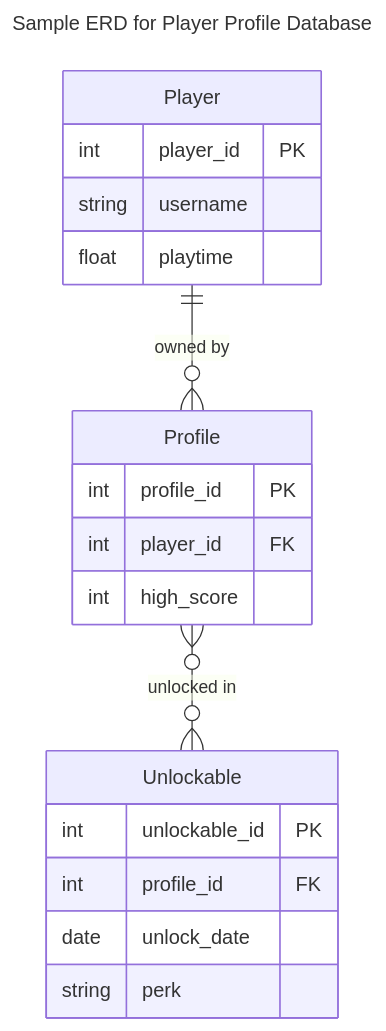
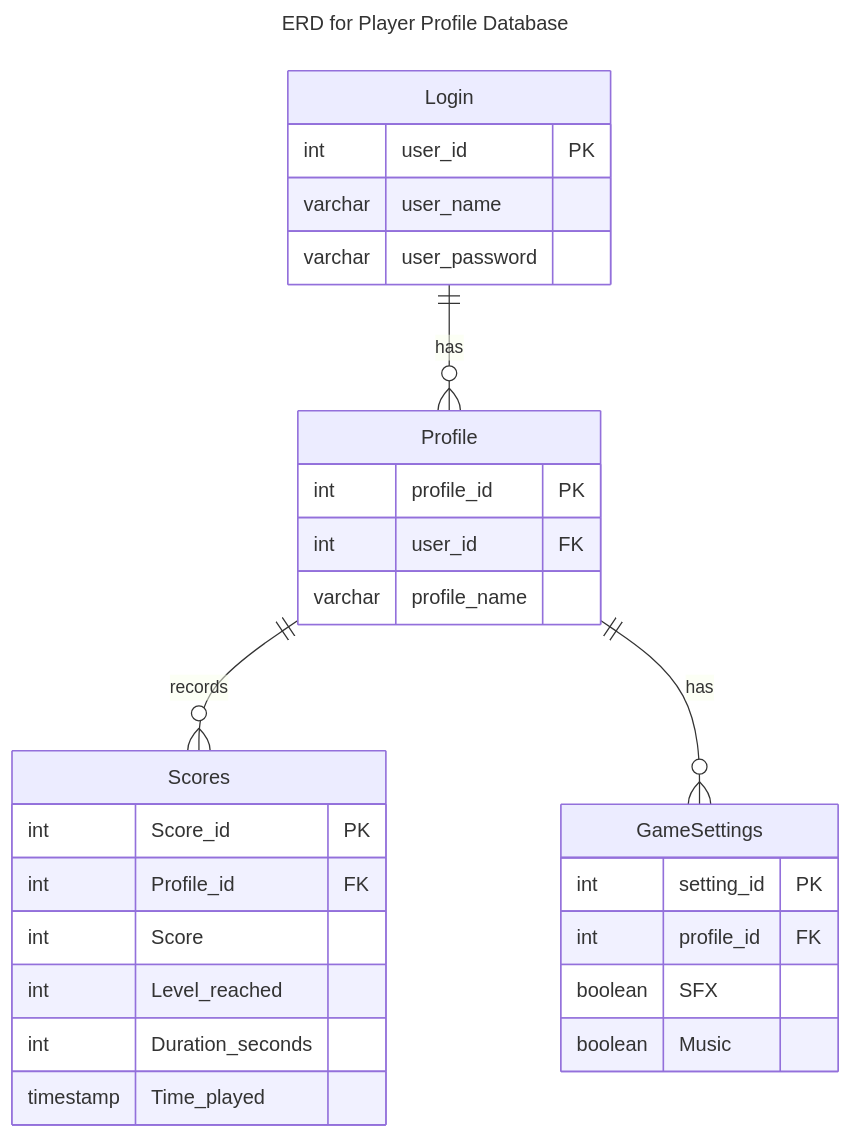
Before and after one commit to AlexanderMartens/asteroids-web-app: the second of 2 diagrams in README.md, drawn with Mermaid. The commit also changed other lines of this file, not shown here.

Commit message:
Updated README.md to reflect our current architecture.

````diff
--- a/README.md
+++ b/README.md
@@ -51,27 +51,37 @@
 ```mermaid
 ---
-title: Sample ERD for Player Profile Database
+title: ERD for Player Profile Database
 ---
 erDiagram
-	Player ||--o{ Profile : "owned by"
-    Profile }o--o{ Unlockable : "unlocked in"
+    Login ||--o{ Profile : "has"
+    Profile ||--o{ Scores : "records"
+    Profile ||--o{ GameSettings : "has"
 
-    Player {
-        int player_id PK
-        string username
-        float playtime
+    Login {
+        int user_id PK
+        varchar user_name
+        varchar user_password
     }
 	
 	Profile {
 		int profile_id PK
-		int player_id FK
-		int high_score
+		int user_id FK
+		varchar profile_name
 	}
 
-    Unlockable {
-        int unlockable_id PK
+    Scores {
+        int Score_id PK
+        int Profile_id FK
+        int Score
+        int Level_reached
+        int Duration_seconds
+        timestamp Time_played
+    }
+
+    GameSettings {
+        int setting_id PK
         int profile_id FK
-        date unlock_date
-        string perk
+        boolean SFX
+        boolean Music
     }
 ```
````
